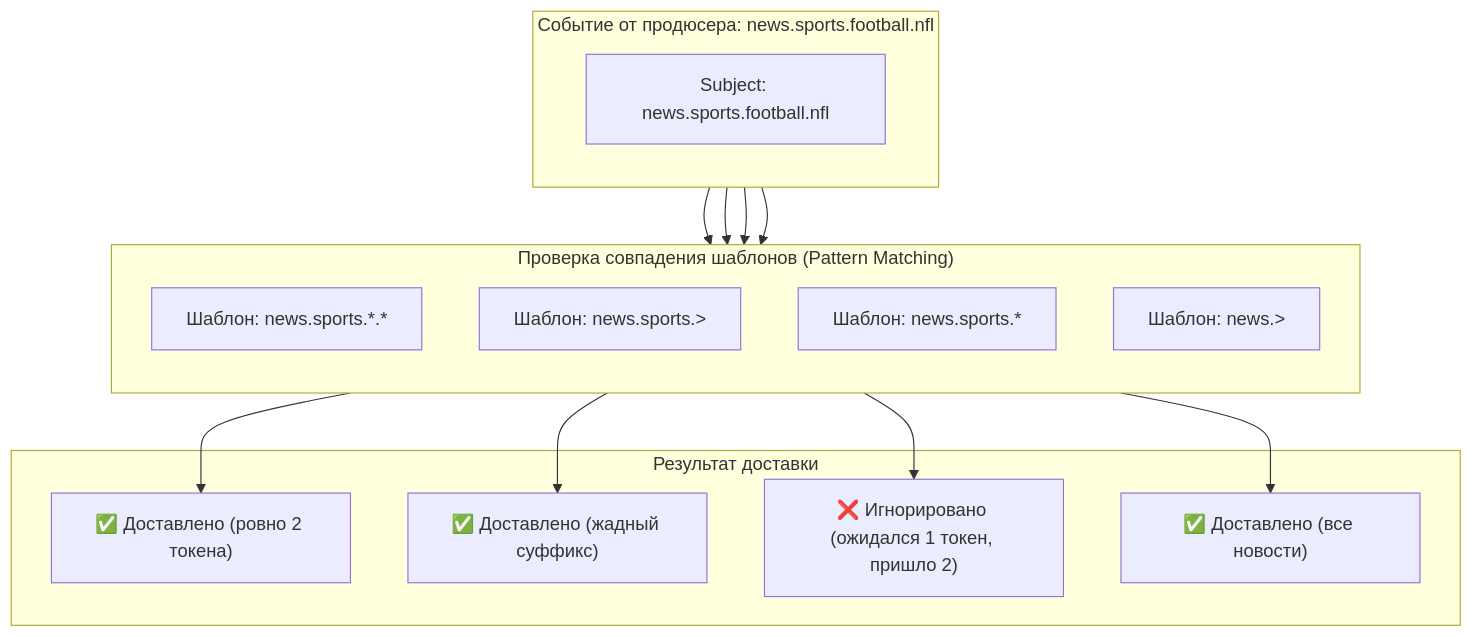
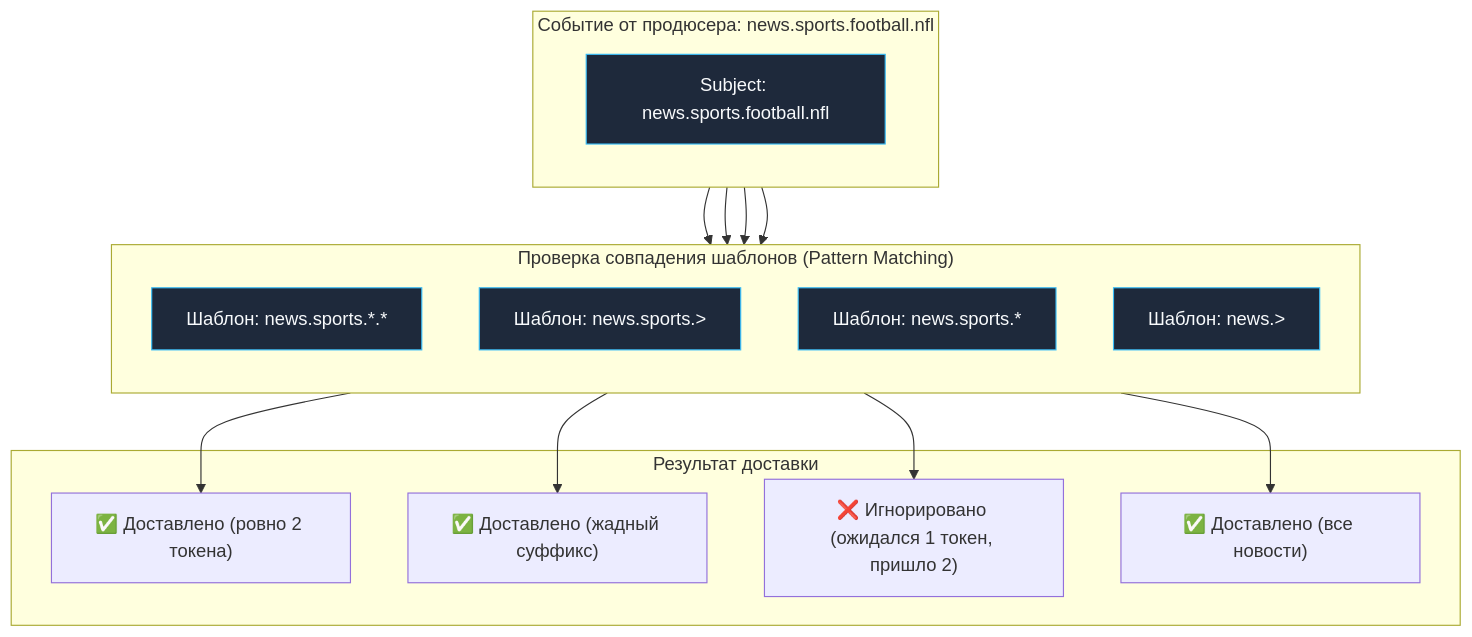
One commit to UnrealTemplier/go-textbook changed the first of 3 diagrams in sources/13. Очереди, брокеры сообщений и оркестраторы/04. NATS/3. Subject based routing.md. Above: the diagram before and after it, drawn with Mermaid. The commit also changed other lines of this file and 1666 other files, not shown here.

First line of the commit message:
feat(mermaid): add semantic color classDef to 1369 colorless flowchart/graph diagrams

````diff
--- a/sources/13. Очереди, брокеры сообщений и оркестраторы/04. NATS/3. Subject based routing.md
+++ b/sources/13. Очереди, брокеры сообщений и оркестраторы/04. NATS/3. Subject based routing.md
@@ -57,27 +57,37 @@
 ```mermaid
 flowchart TD
+    classDef process  fill:#1e293b,stroke:#38bdf8,stroke-width:1px,color:#f8fafc
+    classDef success  fill:#064e3b,stroke:#34d399,stroke-width:1px,color:#f8fafc
+    classDef error    fill:#7f1d1d,stroke:#f87171,stroke-width:1px,color:#f8fafc
+    classDef warning  fill:#78350f,stroke:#fbbf24,stroke-width:1px,color:#f8fafc
+    classDef entry    fill:#1e3a5f,stroke:#38bdf8,stroke-width:2px,color:#f8fafc
+    classDef aux      fill:#334155,stroke:#64748b,stroke-width:1px,color:#f8fafc
+    classDef system   fill:#312e81,stroke:#a78bfa,stroke-width:1px,color:#f8fafc
+    classDef data     fill:#132d29,stroke:#2dd4bf,stroke-width:1px,color:#f8fafc
+    classDef network  fill:#881337,stroke:#fb7185,stroke-width:1px,color:#f8fafc
+    classDef accent   fill:#1e1b4b,stroke:#818cf8,stroke-width:1px,color:#f8fafc
     subgraph Publisher["Событие от продюсера: news.sports.football.nfl"]
         direction TB
-        Msg["Subject: news.sports.football.nfl"]
+        Msg["Subject: news.sports.football.nfl"]:::process
     end
 
     subgraph MatchCheck["Проверка совпадения шаблонов (Pattern Matching)"]
         direction TB
-        M1["Шаблон: news.sports.*.*"]
-        M2["Шаблон: news.sports.>"]
-        M3["Шаблон: news.sports.*"]
-        M4["Шаблон: news.>"]
+        M1["Шаблон: news.sports.*.*"]:::process
+        M2["Шаблон: news.sports.>"]:::process
+        M3["Шаблон: news.sports.*"]:::process
+        M4["Шаблон: news.>"]:::process
     end
 
     subgraph Verdicts["Результат доставки"]
         V1["✅ Доставлено (ровно 2 токена)"]
         V2["✅ Доставлено (жадный суффикс)"]
         V3["❌ Игнорировано (ожидался 1 токен, пришло 2)"]
         V4["✅ Доставлено (все новости)"]
     end
 
     Msg --> M1 --> V1
     Msg --> M2 --> V2
     Msg --> M3 --> V3
     Msg --> M4 --> V4
 ```
````
